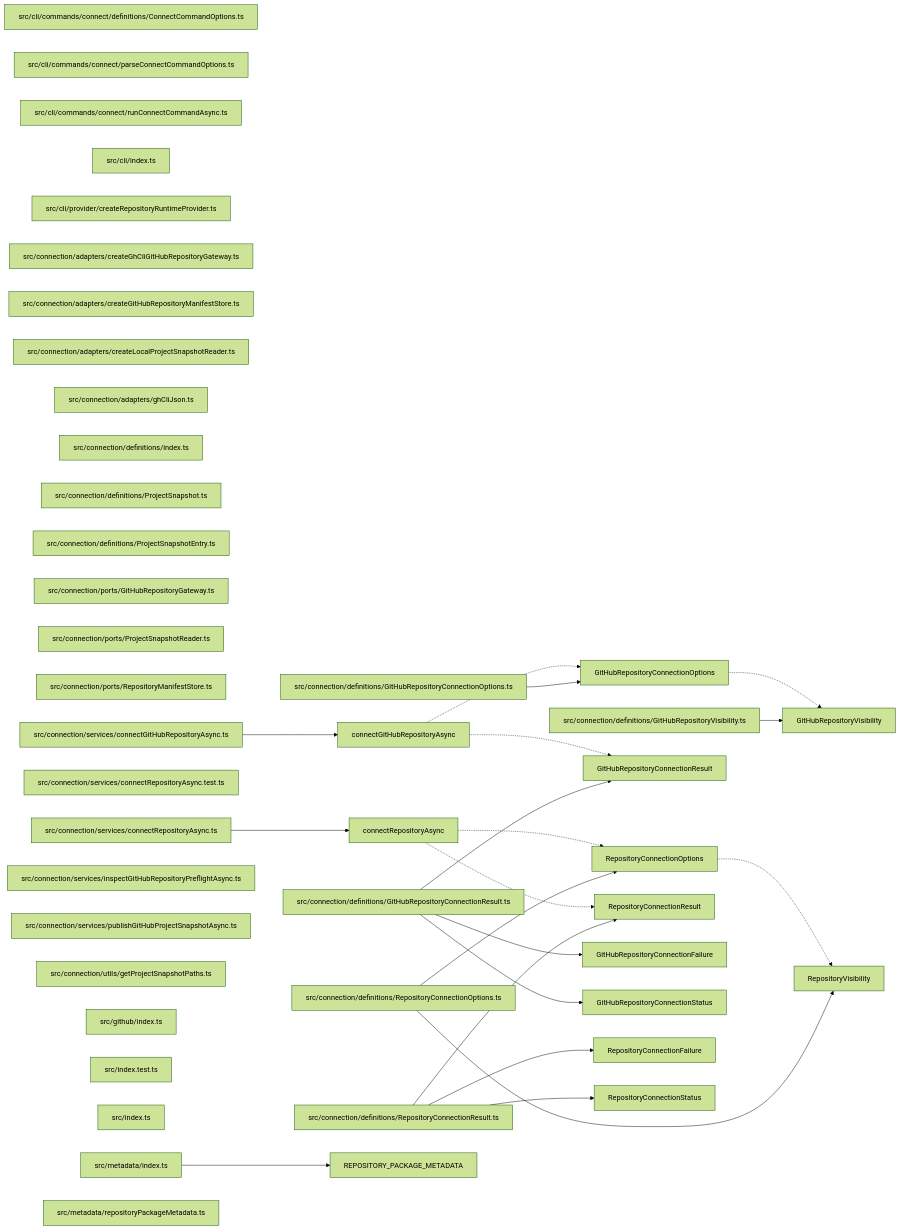
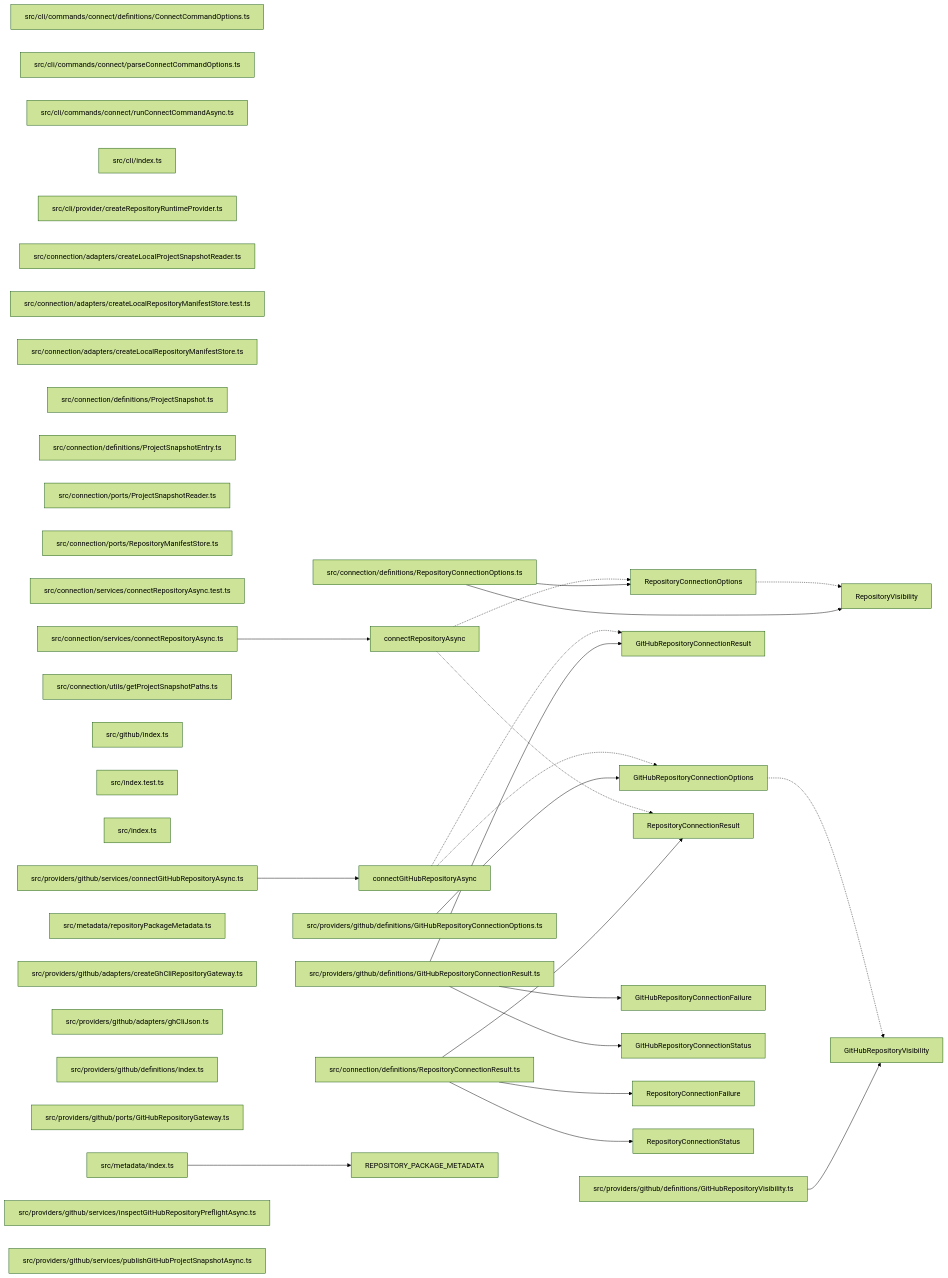
Before and after one commit to ankhorage/gh: the diagram in paradox/diagrams/export-graph.mmd, drawn with Mermaid (forest theme). The commit also changed 28 other files, not shown here.

Commit message:
refactor: isolate github repository provider

```diff
--- a/paradox/diagrams/export-graph.mmd
+++ b/paradox/diagrams/export-graph.mmd
@@ -1,64 +1,65 @@
 graph LR
   module_src_cli_commands_connect_definitions_ConnectCommandOptions_ts["src/cli/commands/connect/definitions/ConnectCommandOptions.ts"]
   module_src_cli_commands_connect_parseConnectCommandOptions_ts["src/cli/commands/connect/parseConnectCommandOptions.ts"]
   module_src_cli_commands_connect_runConnectCommandAsync_ts["src/cli/commands/connect/runConnectCommandAsync.ts"]
   module_src_cli_index_ts["src/cli/index.ts"]
   module_src_cli_provider_createRepositoryRuntimeProvider_ts["src/cli/provider/createRepositoryRuntimeProvider.ts"]
-  module_src_connection_adapters_createGhCliGitHubRepositoryGateway_ts["src/connection/adapters/createGhCliGitHubRepositoryGateway.ts"]
-  module_src_connection_adapters_createGitHubRepositoryManifestStore_ts["src/connection/adapters/createGitHubRepositoryManifestStore.ts"]
   module_src_connection_adapters_createLocalProjectSnapshotReader_ts["src/connection/adapters/createLocalProjectSnapshotReader.ts"]
-  module_src_connection_adapters_ghCliJson_ts["src/connection/adapters/ghCliJson.ts"]
-  module_src_connection_definitions_GitHubRepositoryConnectionOptions_ts["src/connection/definitions/GitHubRepositoryConnectionOptions.ts"]
-  module_src_connection_definitions_GitHubRepositoryConnectionResult_ts["src/connection/definitions/GitHubRepositoryConnectionResult.ts"]
-  module_src_connection_definitions_GitHubRepositoryVisibility_ts["src/connection/definitions/GitHubRepositoryVisibility.ts"]
-  module_src_connection_definitions_index_ts["src/connection/definitions/index.ts"]
+  module_src_connection_adapters_createLocalRepositoryManifestStore_test_ts["src/connection/adapters/createLocalRepositoryManifestStore.test.ts"]
+  module_src_connection_adapters_createLocalRepositoryManifestStore_ts["src/connection/adapters/createLocalRepositoryManifestStore.ts"]
   module_src_connection_definitions_ProjectSnapshot_ts["src/connection/definitions/ProjectSnapshot.ts"]
   module_src_connection_definitions_ProjectSnapshotEntry_ts["src/connection/definitions/ProjectSnapshotEntry.ts"]
   module_src_connection_definitions_RepositoryConnectionOptions_ts["src/connection/definitions/RepositoryConnectionOptions.ts"]
   module_src_connection_definitions_RepositoryConnectionResult_ts["src/connection/definitions/RepositoryConnectionResult.ts"]
-  module_src_connection_ports_GitHubRepositoryGateway_ts["src/connection/ports/GitHubRepositoryGateway.ts"]
   module_src_connection_ports_ProjectSnapshotReader_ts["src/connection/ports/ProjectSnapshotReader.ts"]
   module_src_connection_ports_RepositoryManifestStore_ts["src/connection/ports/RepositoryManifestStore.ts"]
-  module_src_connection_services_connectGitHubRepositoryAsync_ts["src/connection/services/connectGitHubRepositoryAsync.ts"]
   module_src_connection_services_connectRepositoryAsync_test_ts["src/connection/services/connectRepositoryAsync.test.ts"]
   module_src_connection_services_connectRepositoryAsync_ts["src/connection/services/connectRepositoryAsync.ts"]
-  module_src_connection_services_inspectGitHubRepositoryPreflightAsync_ts["src/connection/services/inspectGitHubRepositoryPreflightAsync.ts"]
-  module_src_connection_services_publishGitHubProjectSnapshotAsync_ts["src/connection/services/publishGitHubProjectSnapshotAsync.ts"]
   module_src_connection_utils_getProjectSnapshotPaths_ts["src/connection/utils/getProjectSnapshotPaths.ts"]
   module_src_github_index_ts["src/github/index.ts"]
   module_src_index_test_ts["src/index.test.ts"]
   module_src_index_ts["src/index.ts"]
   module_src_metadata_index_ts["src/metadata/index.ts"]
   module_src_metadata_repositoryPackageMetadata_ts["src/metadata/repositoryPackageMetadata.ts"]
+  module_src_providers_github_adapters_createGhCliRepositoryGateway_ts["src/providers/github/adapters/createGhCliRepositoryGateway.ts"]
+  module_src_providers_github_adapters_ghCliJson_ts["src/providers/github/adapters/ghCliJson.ts"]
+  module_src_providers_github_definitions_GitHubRepositoryConnectionOptions_ts["src/providers/github/definitions/GitHubRepositoryConnectionOptions.ts"]
+  module_src_providers_github_definitions_GitHubRepositoryConnectionResult_ts["src/providers/github/definitions/GitHubRepositoryConnectionResult.ts"]
+  module_src_providers_github_definitions_GitHubRepositoryVisibility_ts["src/providers/github/definitions/GitHubRepositoryVisibility.ts"]
+  module_src_providers_github_definitions_index_ts["src/providers/github/definitions/index.ts"]
+  module_src_providers_github_ports_GitHubRepositoryGateway_ts["src/providers/github/ports/GitHubRepositoryGateway.ts"]
+  module_src_providers_github_services_connectGitHubRepositoryAsync_ts["src/providers/github/services/connectGitHubRepositoryAsync.ts"]
+  module_src_providers_github_services_inspectGitHubRepositoryPreflightAsync_ts["src/providers/github/services/inspectGitHubRepositoryPreflightAsync.ts"]
+  module_src_providers_github_services_publishGitHubProjectSnapshotAsync_ts["src/providers/github/services/publishGitHubProjectSnapshotAsync.ts"]
   export_connectGitHubRepositoryAsync["connectGitHubRepositoryAsync"]
-  module_src_connection_services_connectGitHubRepositoryAsync_ts --> export_connectGitHubRepositoryAsync
+  module_src_providers_github_services_connectGitHubRepositoryAsync_ts --> export_connectGitHubRepositoryAsync
   export_connectGitHubRepositoryAsync -.-> export_GitHubRepositoryConnectionOptions
   export_connectGitHubRepositoryAsync -.-> export_GitHubRepositoryConnectionResult
   export_connectRepositoryAsync["connectRepositoryAsync"]
   module_src_connection_services_connectRepositoryAsync_ts --> export_connectRepositoryAsync
   export_connectRepositoryAsync -.-> export_RepositoryConnectionOptions
   export_connectRepositoryAsync -.-> export_RepositoryConnectionResult
   export_GitHubRepositoryConnectionFailure["GitHubRepositoryConnectionFailure"]
-  module_src_connection_definitions_GitHubRepositoryConnectionResult_ts --> export_GitHubRepositoryConnectionFailure
+  module_src_providers_github_definitions_GitHubRepositoryConnectionResult_ts --> export_GitHubRepositoryConnectionFailure
   export_GitHubRepositoryConnectionOptions["GitHubRepositoryConnectionOptions"]
-  module_src_connection_definitions_GitHubRepositoryConnectionOptions_ts --> export_GitHubRepositoryConnectionOptions
+  module_src_providers_github_definitions_GitHubRepositoryConnectionOptions_ts --> export_GitHubRepositoryConnectionOptions
   export_GitHubRepositoryConnectionOptions -.-> export_GitHubRepositoryVisibility
   export_GitHubRepositoryConnectionResult["GitHubRepositoryConnectionResult"]
-  module_src_connection_definitions_GitHubRepositoryConnectionResult_ts --> export_GitHubRepositoryConnectionResult
+  module_src_providers_github_definitions_GitHubRepositoryConnectionResult_ts --> export_GitHubRepositoryConnectionResult
   export_GitHubRepositoryConnectionStatus["GitHubRepositoryConnectionStatus"]
-  module_src_connection_definitions_GitHubRepositoryConnectionResult_ts --> export_GitHubRepositoryConnectionStatus
+  module_src_providers_github_definitions_GitHubRepositoryConnectionResult_ts --> export_GitHubRepositoryConnectionStatus
   export_GitHubRepositoryVisibility["GitHubRepositoryVisibility"]
-  module_src_connection_definitions_GitHubRepositoryVisibility_ts --> export_GitHubRepositoryVisibility
+  module_src_providers_github_definitions_GitHubRepositoryVisibility_ts --> export_GitHubRepositoryVisibility
   export_REPOSITORY_PACKAGE_METADATA["REPOSITORY_PACKAGE_METADATA"]
   module_src_metadata_index_ts --> export_REPOSITORY_PACKAGE_METADATA
   export_RepositoryConnectionFailure["RepositoryConnectionFailure"]
   module_src_connection_definitions_RepositoryConnectionResult_ts --> export_RepositoryConnectionFailure
   export_RepositoryConnectionOptions["RepositoryConnectionOptions"]
   module_src_connection_definitions_RepositoryConnectionOptions_ts --> export_RepositoryConnectionOptions
   export_RepositoryConnectionOptions -.-> export_RepositoryVisibility
   export_RepositoryConnectionResult["RepositoryConnectionResult"]
   module_src_connection_definitions_RepositoryConnectionResult_ts --> export_RepositoryConnectionResult
   export_RepositoryConnectionStatus["RepositoryConnectionStatus"]
   module_src_connection_definitions_RepositoryConnectionResult_ts --> export_RepositoryConnectionStatus
   export_RepositoryVisibility["RepositoryVisibility"]
   module_src_connection_definitions_RepositoryConnectionOptions_ts --> export_RepositoryVisibility
```
